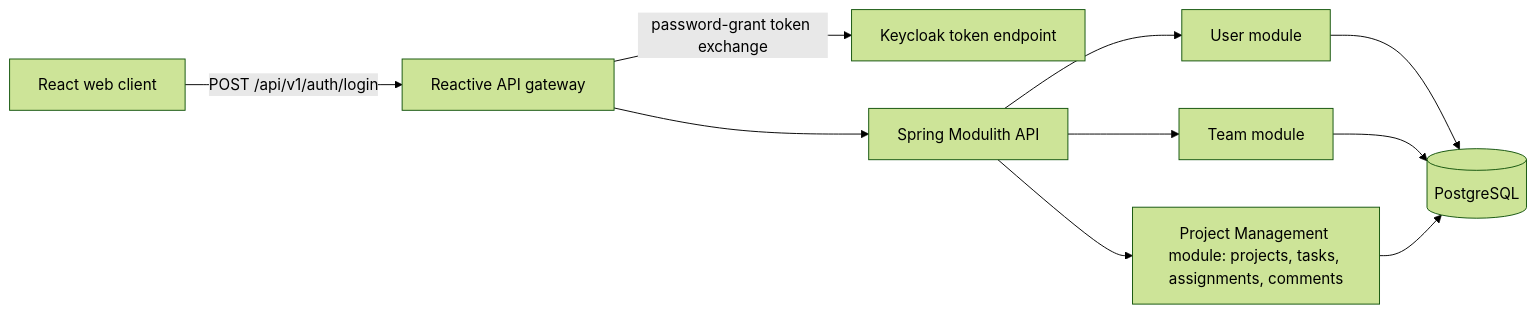
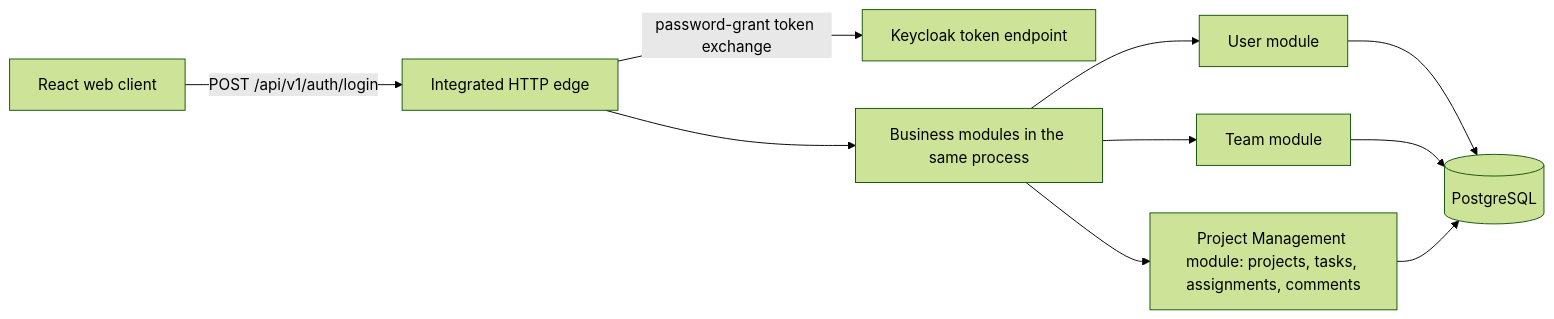
One commit to WikiCoding/matriz-ai_powered_engineering_course changed the diagram in docs/architecture.md. Above: the diagram before and after it, drawn with Mermaid (forest theme). The commit also changed other lines of this file and 9 other files, not shown here.

````diff
--- a/docs/architecture.md
+++ b/docs/architecture.md
@@ -23,12 +23,12 @@
 ```mermaid
 flowchart LR
-  Web[React web client] -->|POST /api/v1/auth/login| Gateway[Reactive API gateway]
+  Web[React web client] -->|POST /api/v1/auth/login| Gateway[Integrated HTTP edge]
   Gateway -->|password-grant token exchange| KC[Keycloak token endpoint]
-  Gateway --> API[Spring Modulith API]
+  Gateway --> API[Business modules in the same process]
   API --> Users[User module]
   API --> Teams[Team module]
   API --> ProjectManagement[Project Management module: projects, tasks, assignments, comments]
   Users --> DB[(PostgreSQL)]
   Teams --> DB
   ProjectManagement --> DB
 ```
````
